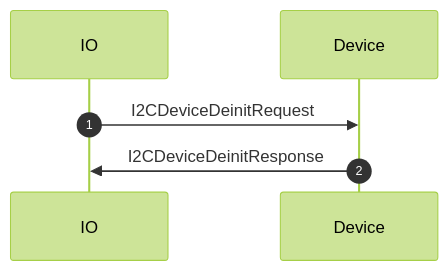
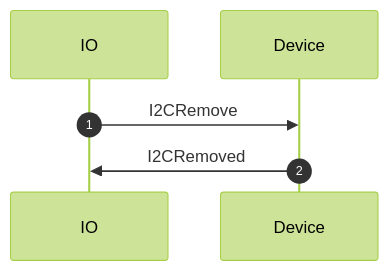
The fifth of 5 diagrams in proto/wippersnapper/docs/i2c.md (adafruit/Wippersnapper_Protobuf), drawn with Mermaid (forest theme) before and after one commit. The commit also changed other lines of this file and 6 other files, not shown here.

````diff
--- a/proto/wippersnapper/docs/i2c.md
+++ b/proto/wippersnapper/docs/i2c.md
@@ -87,7 +86,7 @@
 ```mermaid
 sequenceDiagram
 autonumber
 
-IO->>Device: I2CDeviceDeinitRequest
-Device->>IO: I2CDeviceDeinitResponse
+IO->>Device: I2CRemove
+Device->>IO: I2CRemoved
 ```
````
